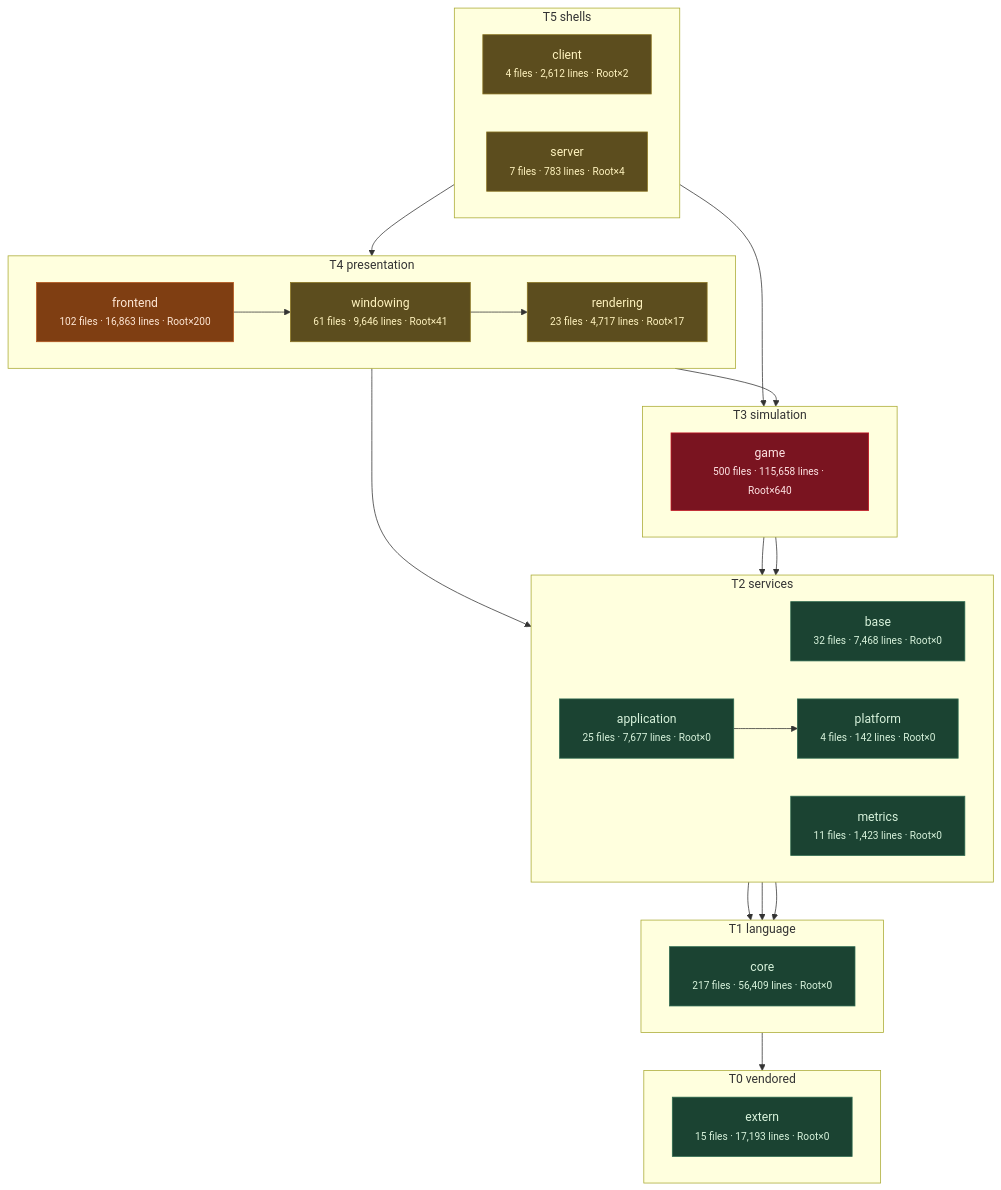
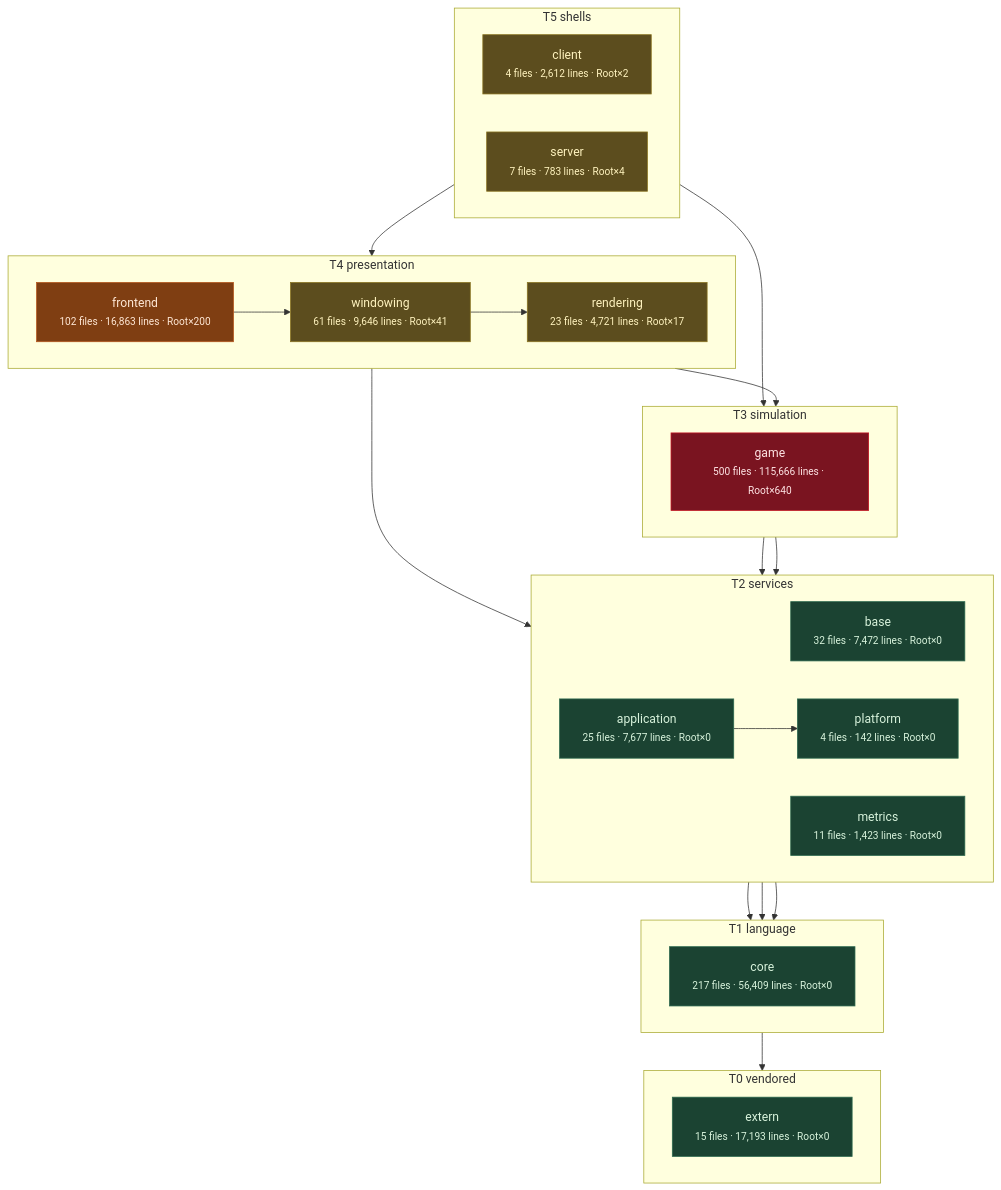
Before and after one commit to apnex/OpenStarbound: the third of 11 diagrams in docs/architecture/system-boundaries.md, drawn with Mermaid. The commit also changed other lines of this file and 9 other files, not shown here.

````diff
--- a/docs/architecture/system-boundaries.md
+++ b/docs/architecture/system-boundaries.md
@@ -271,54 +271,54 @@
 ```mermaid
 flowchart TD
   subgraph T0["T0 vendored"]
     direction LR
     extern["extern<br/><small>15 files · 17,193 lines · Root×0</small>"]
   end
   subgraph T1["T1 language"]
     direction LR
     core["core<br/><small>217 files · 56,409 lines · Root×0</small>"]
   end
   subgraph T2["T2 services"]
     direction LR
-    base["base<br/><small>32 files · 7,468 lines · Root×0</small>"]
+    base["base<br/><small>32 files · 7,472 lines · Root×0</small>"]
     metrics["metrics<br/><small>11 files · 1,423 lines · Root×0</small>"]
     platform["platform<br/><small>4 files · 142 lines · Root×0</small>"]
     application["application<br/><small>25 files · 7,677 lines · Root×0</small>"]
   end
   subgraph T3["T3 simulation"]
     direction LR
-    game["game<br/><small>500 files · 115,658 lines · Root×640</small>"]
+    game["game<br/><small>500 files · 115,666 lines · Root×640</small>"]
   end
   subgraph T4["T4 presentation"]
     direction LR
-    rendering["rendering<br/><small>23 files · 4,717 lines · Root×17</small>"]
+    rendering["rendering<br/><small>23 files · 4,721 lines · Root×17</small>"]
     windowing["windowing<br/><small>61 files · 9,646 lines · Root×41</small>"]
     frontend["frontend<br/><small>102 files · 16,863 lines · Root×200</small>"]
   end
   subgraph T5["T5 shells"]
     direction LR
     client["client<br/><small>4 files · 2,612 lines · Root×2</small>"]
     server["server<br/><small>7 files · 783 lines · Root×4</small>"]
   end
   core --> extern
   base --> core
   metrics --> core
   platform --> core
   application --> platform
   game --> base
   game --> platform
   rendering --> application
   rendering --> game
   windowing --> rendering
   frontend --> windowing
   client --> frontend
   server --> game
   classDef clean fill:#1b4332,stroke:#2d6a4f,color:#d8f3dc
   classDef warm  fill:#5c4d1e,stroke:#8a7420,color:#fff3bf
   classDef hot   fill:#7f3e12,stroke:#b5561b,color:#ffe8d6
   classDef blaze fill:#7a1420,stroke:#c1121f,color:#ffe5e5
   class extern,core,base,metrics,platform,application clean
   class rendering,windowing,client,server warm
   class frontend hot
   class game blaze
 ```
````
